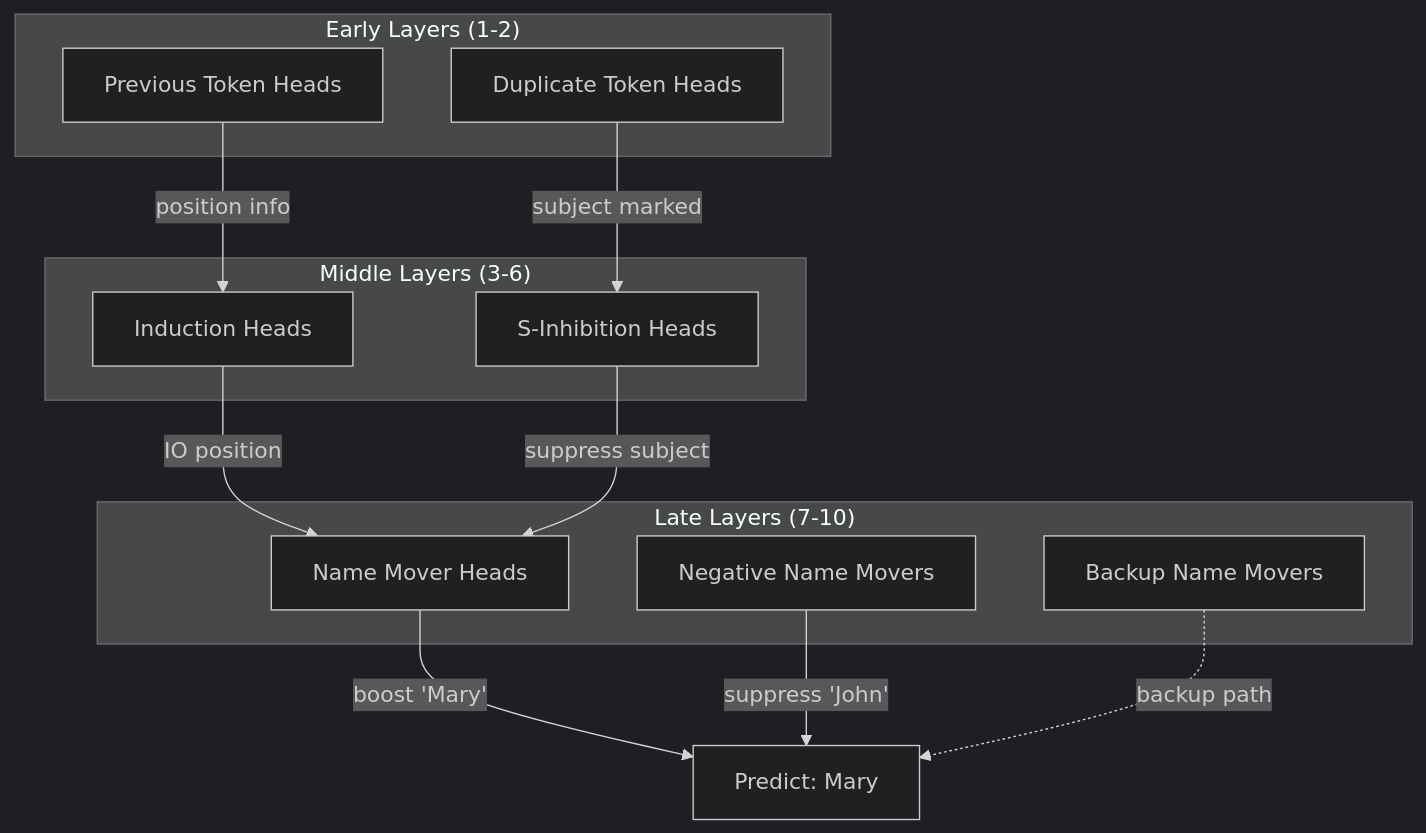
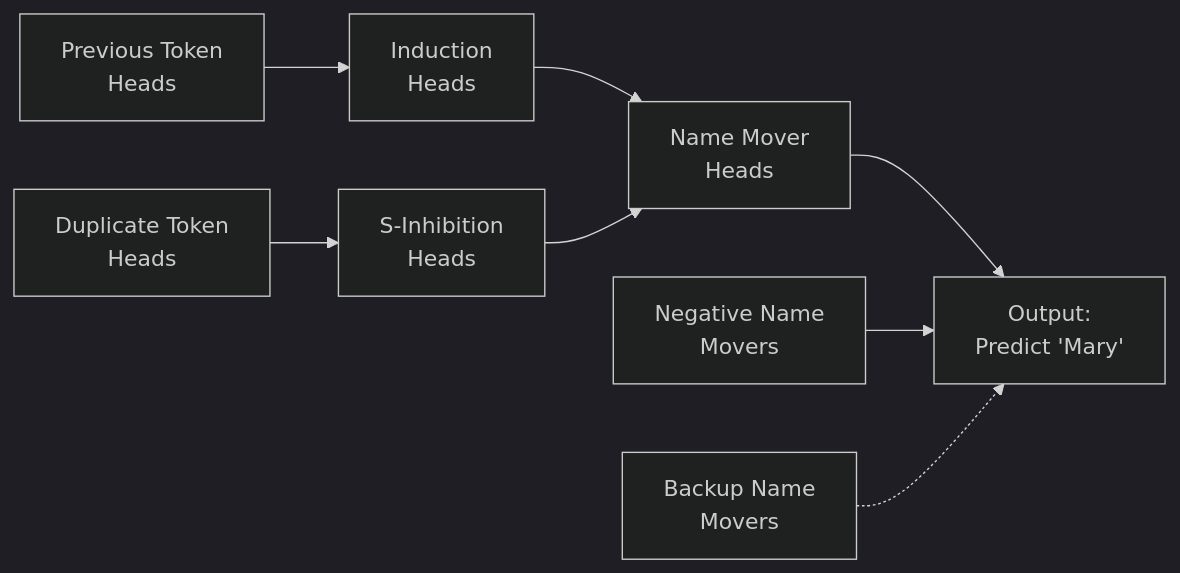
One commit to ttsugriy/mechinterp-first-principles changed the diagram in articles/08-circuits.qmd. Above: the diagram before and after it, drawn with Mermaid (dark theme). The commit also changed 7 other files, not shown here.

First line of the commit message:
Add interactive visualizations and simplified diagrams

````diff
--- a/articles/08-circuits.qmd
+++ b/articles/08-circuits.qmd
@@ -101,27 +101,12 @@
 ```{mermaid}
-%%| fig-cap: "The IOI circuit: 7 functional groups of attention heads work together to identify and output the indirect object."
-flowchart TD
-    subgraph "Early Layers (1-2)"
-        PT[Previous Token Heads]
-        DT[Duplicate Token Heads]
-    end
-
-    subgraph "Middle Layers (3-6)"
-        IND[Induction Heads]
-        SI[S-Inhibition Heads]
-    end
-
-    subgraph "Late Layers (7-10)"
-        NM[Name Mover Heads]
-        NNM[Negative Name Movers]
-        BNM[Backup Name Movers]
-    end
-
-    PT -->|"position info"| IND
-    DT -->|"subject marked"| SI
-    IND -->|"IO position"| NM
-    SI -->|"suppress subject"| NM
-    NM -->|"boost 'Mary'"| Output[Predict: Mary]
-    NNM -->|"suppress 'John'"| Output
-    BNM -.->|"backup path"| Output
+%%| fig-cap: "The IOI circuit: information flows from early detection heads through inhibition to name movers that produce the output."
+%%| fig-width: 8
+flowchart LR
+    PT["Previous Token<br/>Heads"] --> IND["Induction<br/>Heads"]
+    DT["Duplicate Token<br/>Heads"] --> SI["S-Inhibition<br/>Heads"]
+    IND --> NM["Name Mover<br/>Heads"]
+    SI --> NM
+    NM --> OUT["Output:<br/>Predict 'Mary'"]
+    NNM["Negative Name<br/>Movers"] --> OUT
+    BNM["Backup Name<br/>Movers"] -.-> OUT
 ```
````
